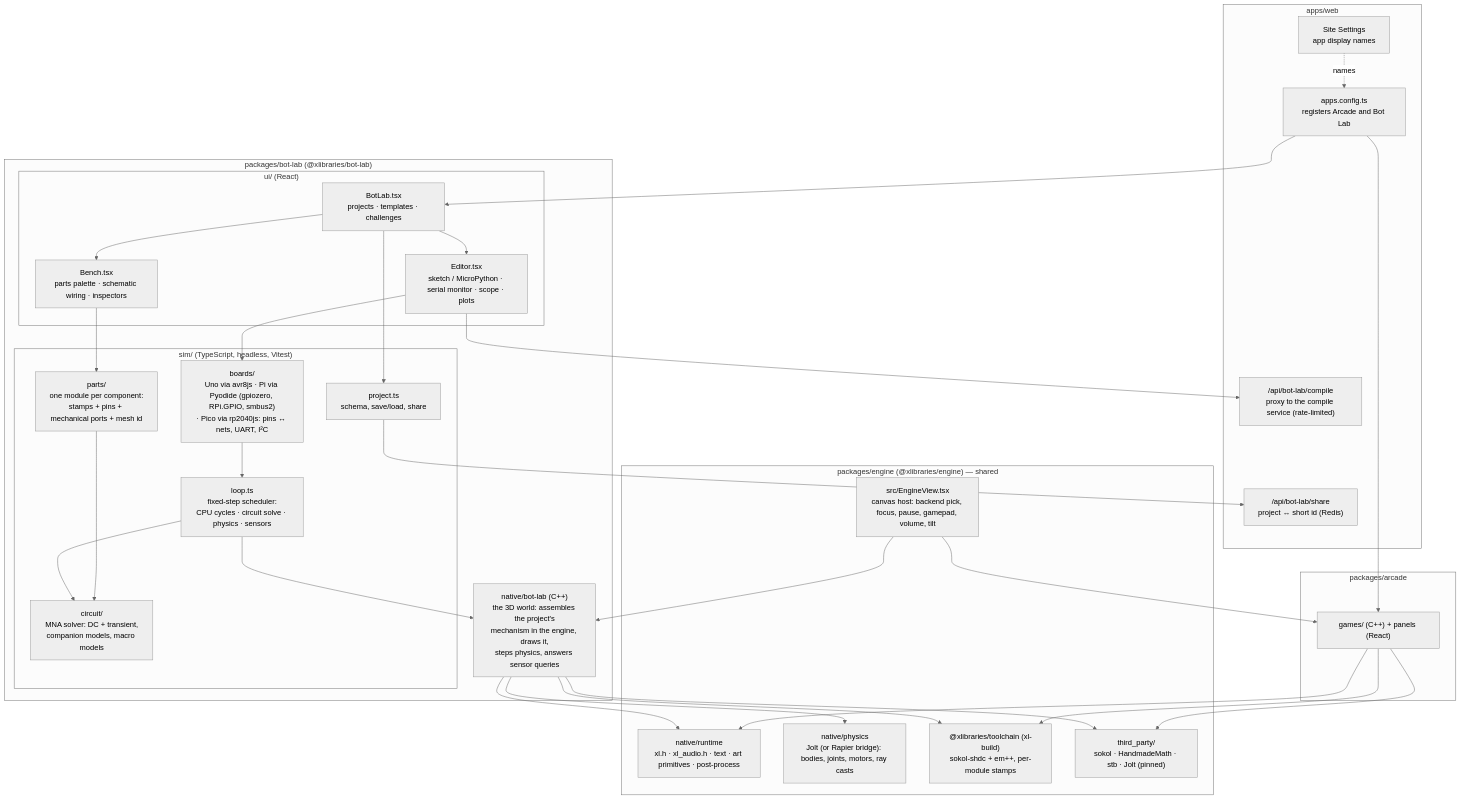
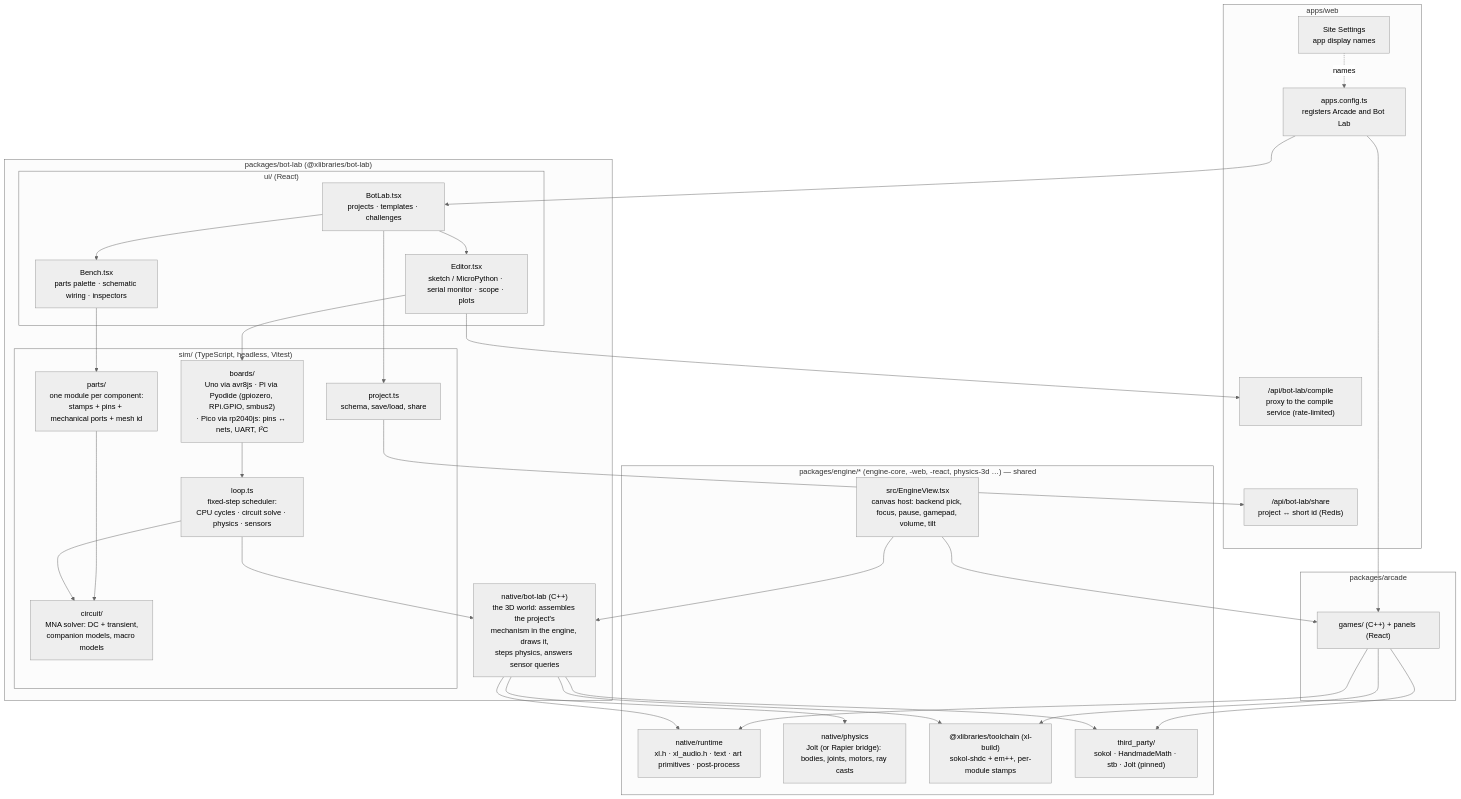
Before and after one commit to xlibraries/Xlib: the first of 2 diagrams in docs/bot-lab-plan.md, drawn with Mermaid (neutral theme). The commit also changed 714 other files, not shown here.

Commit message:
Phase 2: the engine as six packages (engine-core, -web, -react, -audio, -text, physics-3d); modules link what they use

````diff
--- a/docs/bot-lab-plan.md
+++ b/docs/bot-lab-plan.md
@@ -87,49 +87,49 @@
 ```mermaid
 flowchart TB
     subgraph site["apps/web"]
         config["apps.config.ts<br/>registers Arcade and Bot Lab"]
         compile["/api/bot-lab/compile<br/>proxy to the compile service (rate-limited)"]
         share["/api/bot-lab/share<br/>project ↔ short id (Redis)"]
         settings["Site Settings<br/>app display names"]
     end
 
-    subgraph engine["packages/engine (@xlibraries/engine) — shared"]
+    subgraph engine["packages/engine/* (engine-core, -web, -react, physics-3d …) — shared"]
         rt["native/runtime<br/>xl.h · xl_audio.h · text · art primitives · post-process"]
         physics["native/physics<br/>Jolt (or Rapier bridge): bodies, joints, motors, ray casts"]
         buildpipe["@xlibraries/toolchain (xl-build)<br/>sokol-shdc + em++, per-module stamps"]
         host["src/EngineView.tsx<br/>canvas host: backend pick, focus, pause, gamepad, volume, tilt"]
         third["third_party/<br/>sokol · HandmadeMath · stb · Jolt (pinned)"]
     end
 
     subgraph arcade["packages/arcade"]
         games["games/ (C++) + panels (React)"]
     end
 
     subgraph botlab["packages/bot-lab (@xlibraries/bot-lab)"]
         subgraph ui["ui/ (React)"]
             shell["BotLab.tsx<br/>projects · templates · challenges"]
             bench["Bench.tsx<br/>parts palette · schematic wiring · inspectors"]
             code["Editor.tsx<br/>sketch / MicroPython · serial monitor · scope · plots"]
         end
         subgraph sim["sim/ (TypeScript, headless, Vitest)"]
             mna["circuit/<br/>MNA solver: DC + transient,<br/>companion models, macro models"]
             parts["parts/<br/>one module per component:<br/>stamps + pins + mechanical ports + mesh id"]
             boards["boards/<br/>Uno via avr8js · Pi via Pyodide (gpiozero, RPi.GPIO, smbus2)<br/>· Pico via rp2040js: pins ↔ nets, UART, I²C"]
             loop["loop.ts<br/>fixed-step scheduler:<br/>CPU cycles · circuit solve · physics · sensors"]
             project["project.ts<br/>schema, save/load, share"]
         end
         world["native/bot-lab (C++)<br/>the 3D world: assembles the project's<br/>mechanism in the engine, draws it,<br/>steps physics, answers sensor queries"]
     end
 
     config --> games & shell
     games --> rt & buildpipe & third
     world --> rt & physics & buildpipe & third
     host --> games & world
     shell --> bench & code
     bench --> parts --> mna
     code --> boards --> loop
     loop --> mna & world
     shell --> project --> share
     code --> compile
     settings -. names .-> config
 ```
````
